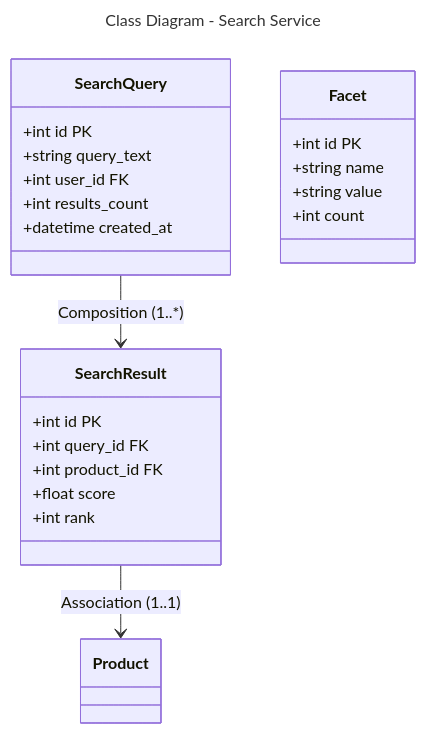
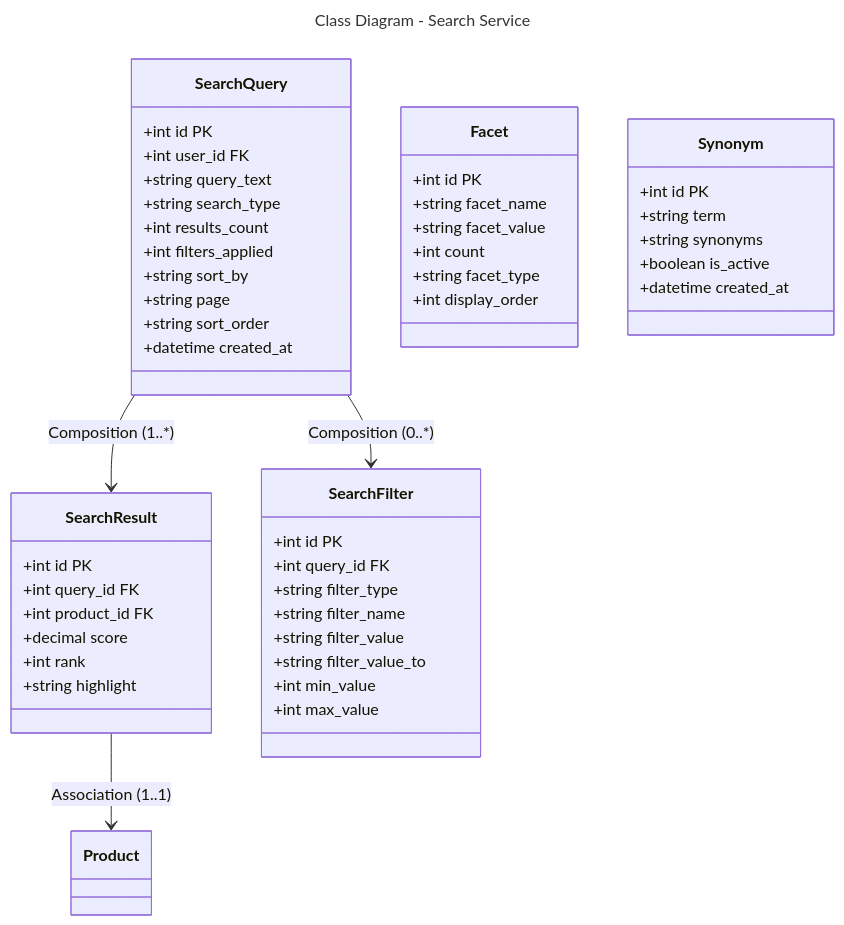
Before and after one commit to Trannaaanhh/ecom: the diagram in docs/diagrams/class/search-service.md, drawn with Mermaid. The commit also changed other lines of this file and 10 other files, not shown here.

Commit message:
update diagrams

````diff
--- a/docs/diagrams/class/search-service.md
+++ b/docs/diagrams/class/search-service.md
@@ -1,31 +1,59 @@
 ```mermaid
 ---
 title: Class Diagram - Search Service
 ---
 classDiagram
     class SearchQuery {
         +int id PK
+        +int user_id FK
         +string query_text
-        +int user_id FK
+        +string search_type
         +int results_count
+        +int filters_applied
+        +string sort_by
+        +string page
+        +string sort_order
         +datetime created_at
     }
     
     class SearchResult {
         +int id PK
         +int query_id FK
         +int product_id FK
-        +float score
+        +decimal score
         +int rank
+        +string highlight
+    }
+    
+    class SearchFilter {
+        +int id PK
+        +int query_id FK
+        +string filter_type
+        +string filter_name
+        +string filter_value
+        +string filter_value_to
+        +int min_value
+        +int max_value
     }
     
     class Facet {
         +int id PK
-        +string name
-        +string value
+        +string facet_name
+        +string facet_value
         +int count
+        +string facet_type
+        +int display_order
+    }
+    
+    class Synonym {
+        +int id PK
+        +string term
+        +string synonyms
+        +boolean is_active
+        +datetime created_at
     }
     
     SearchQuery --> SearchResult : Composition (1..*)
+    SearchQuery --> SearchFilter : Composition (0..*)
     SearchResult --> Product : Association (1..1)
 ```
````
